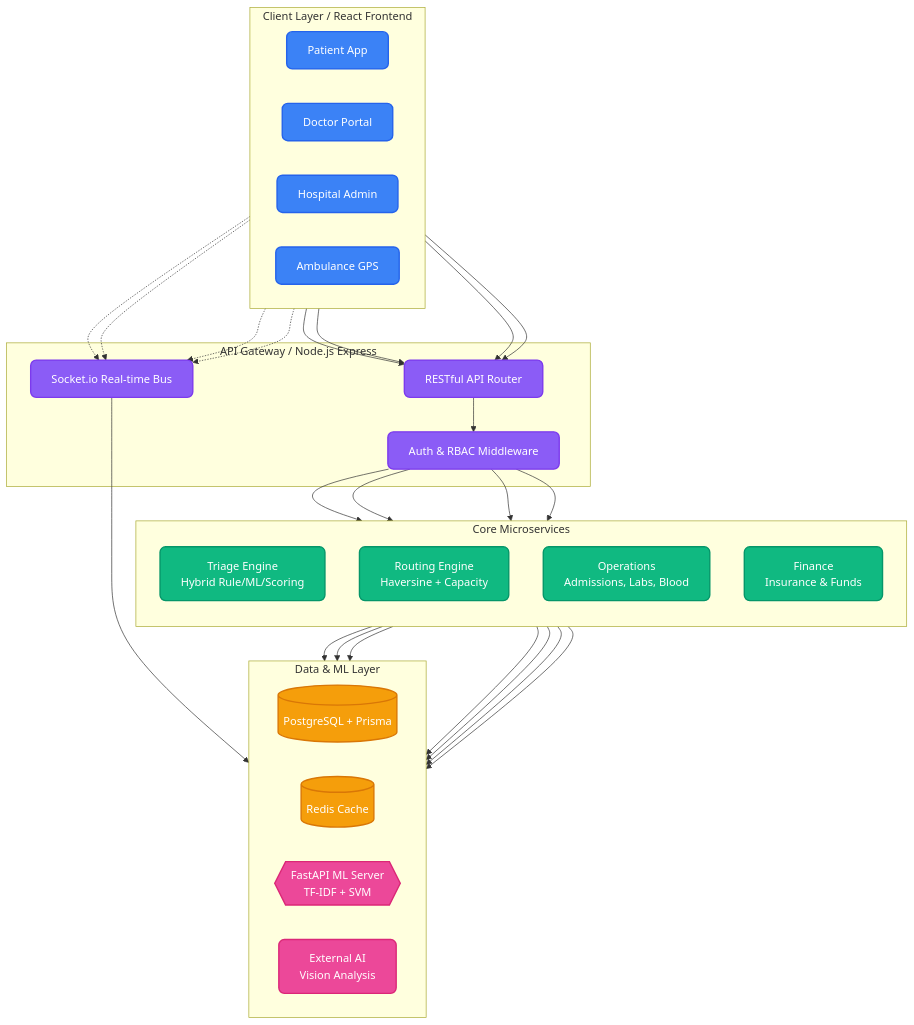
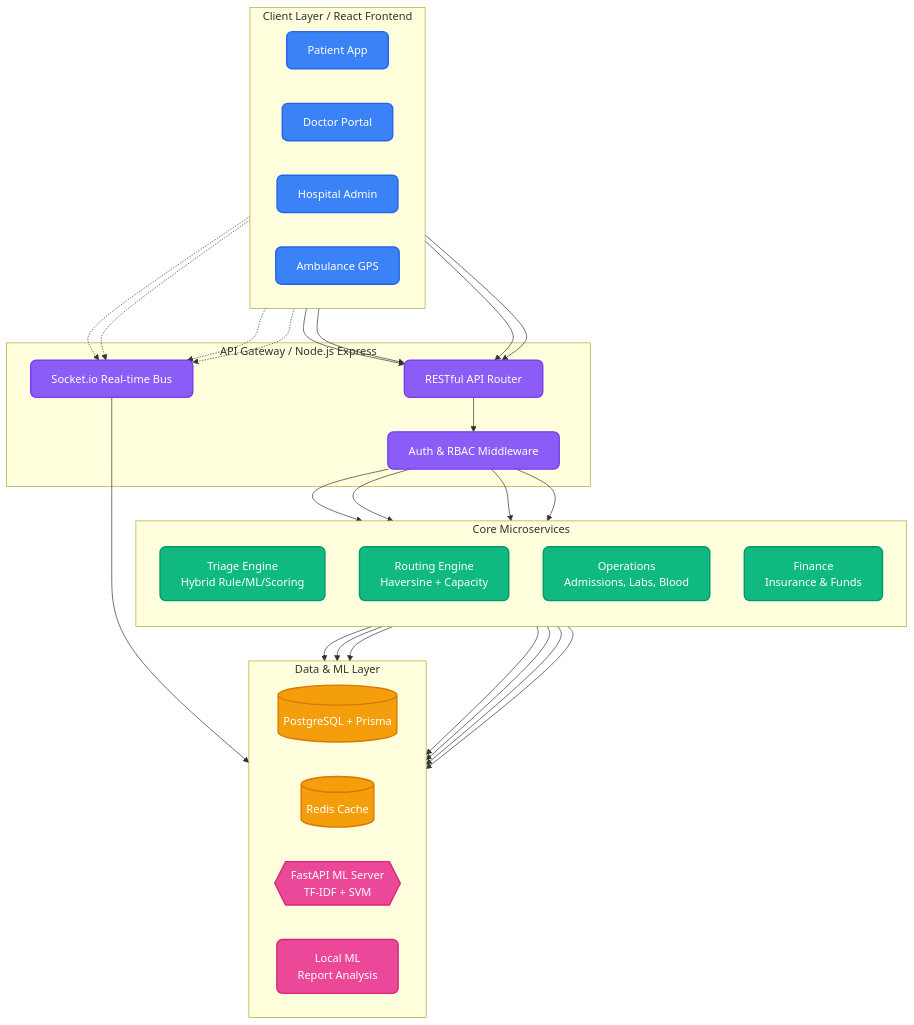
One commit to SamarthKapdi/everysecondcounts changed the diagram in README.md. Above: the diagram before and after it, drawn with Mermaid. The commit also changed other lines of this file and 13 other files, not shown here.

Commit message:
feat(phase-2): add local medical report analysis with ML categorization and lab extraction

````diff
--- a/README.md
+++ b/README.md
@@ -30,57 +30,57 @@
 ```mermaid
 flowchart TD
     %% Define Styles
     classDef client fill:#3b82f6,stroke:#2563eb,stroke-width:2px,color:#fff,rx:8px,ry:8px;
     classDef gateway fill:#8b5cf6,stroke:#7c3aed,stroke-width:2px,color:#fff,rx:8px,ry:8px;
     classDef service fill:#10b981,stroke:#059669,stroke-width:2px,color:#fff,rx:8px,ry:8px;
     classDef data fill:#f59e0b,stroke:#d97706,stroke-width:2px,color:#fff,rx:8px,ry:8px;
     classDef ml fill:#ec4899,stroke:#db2777,stroke-width:2px,color:#fff,rx:8px,ry:8px;
 
     %% Client Layer (React)
     subgraph ClientLayer [Client Layer / React Frontend]
         direction LR
         P[Patient App]:::client
         D[Doctor Portal]:::client
         H[Hospital Admin]:::client
         A[Ambulance GPS]:::client
     end
 
     %% API Gateway Layer (Node.js/Express)
     subgraph GatewayLayer [API Gateway / Node.js Express]
         Auth[Auth & RBAC Middleware]:::gateway
         Sockets[Socket.io Real-time Bus]:::gateway
         REST[RESTful API Router]:::gateway
     end
 
     %% Core Services Layer
     subgraph ServicesLayer [Core Microservices]
         direction TB
         Triage[Triage Engine<br/>Hybrid Rule/ML/Scoring]:::service
         Routing[Routing Engine<br/>Haversine + Capacity]:::service
         Ops[Operations<br/>Admissions, Labs, Blood]:::service
         Finance[Finance<br/>Insurance & Funds]:::service
     end
 
     %% Data & External Layer
     subgraph DataLayer [Data & ML Layer]
         direction LR
         DB[(PostgreSQL + Prisma)]:::data
         Redis[(Redis Cache)]:::data
         MLService{{FastAPI ML Server<br/>TF-IDF + SVM}}:::ml
-        Vision[External AI<br/>Vision Analysis]:::ml
+        Vision[Local ML<br/>Report Analysis]:::ml
     end
 
     %% Connections
     P & D & H & A --> REST
     P & A -.-> Sockets
     D & H -.-> Sockets
     
     REST --> Auth
     Auth --> Triage & Routing & Ops & Finance
     
     Triage --> MLService
     Ops --> Vision
     
     Triage & Routing & Ops & Finance --> DB
     Routing & Sockets --> Redis
 ```
````
